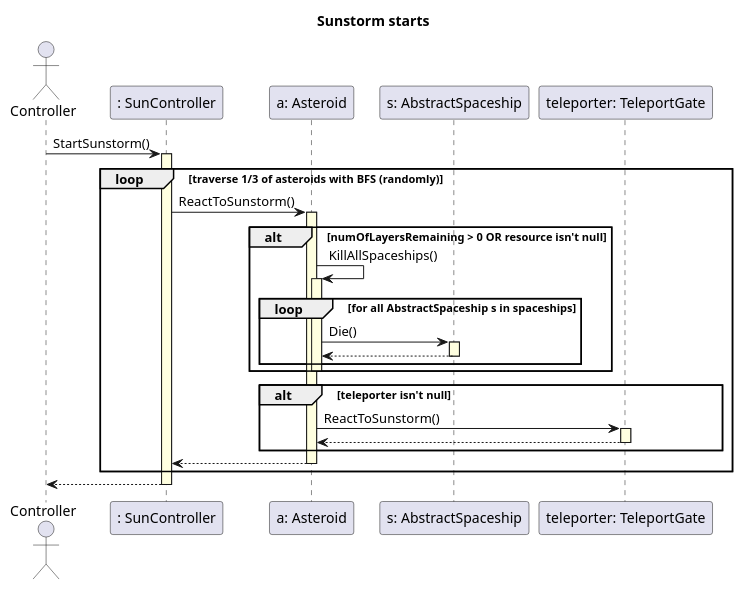
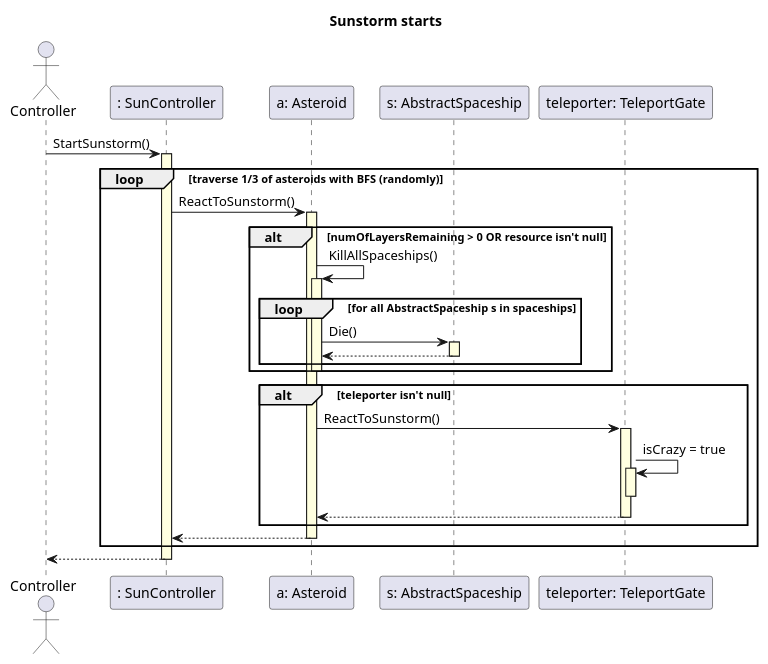
The diagram in uml/original_seq_diagrams/sunstorm.plantuml (bbucsy/projlab_holy_oil), drawn with PlantUML before and after one commit. The commit also changed 1 other file, not shown here.

```diff
--- a/uml/original_seq_diagrams/sunstorm.plantuml
+++ b/uml/original_seq_diagrams/sunstorm.plantuml
@@ -1,47 +1,51 @@
 @startuml
 skinparam SequenceLifeLineBackgroundColor LightYellow
 
 title "Sunstorm starts"
 
 actor Controller as C
 
 participant ": SunController" as sun
 participant "a: Asteroid" as a
 participant "s: AbstractSpaceship" as c
 participant "teleporter: TeleportGate" as t
 
 C -> sun ++ : StartSunstorm()
 
     loop traverse 1/3 of asteroids with BFS (randomly)
 
         sun -> a ++ : ReactToSunstorm()
 
             alt numOfLayersRemaining > 0 OR resource isn't null
 
                 a -> a ++ : KillAllSpaceships()
 
                     loop for all AbstractSpaceship s in spaceships
 
                         a -> c ++ : Die()
                         c --> a --
 
                     end
 
                 deactivate a
 
             end
 
             alt teleporter isn't null
 
                 a -> t ++ : ReactToSunstorm()
+
+                    t -> t ++ : isCrazy = true
+                    deactivate t
+
                 t --> a --
 
             end
 
         a --> sun --
 
     end
 
 sun --> C --
 
 @enduml
```
